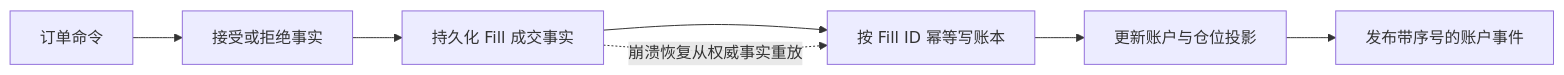
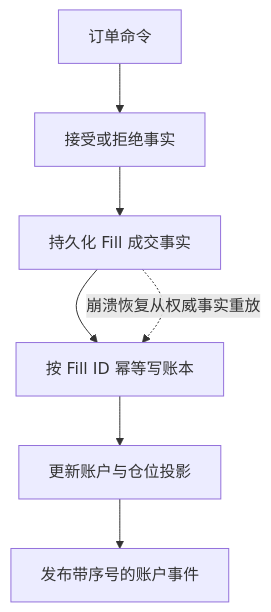
Before and after one commit to xiaoheng008/futures: the first of 2 diagrams in content/book/ch08-recovery/_index.md, drawn with Mermaid. The commit also changed other lines of this file and 33 other files, not shown here.

````diff
--- a/content/book/ch08-recovery/_index.md
+++ b/content/book/ch08-recovery/_index.md
@@ -31,9 +33,9 @@
 ```mermaid
-flowchart LR
-  C[订单命令] --> A[接受或拒绝事实]
-  A --> F[持久化 Fill 成交事实]
-  F --> L[按 Fill ID 幂等写账本]
-  L --> P[更新账户与仓位投影]
-  P --> E[发布带序号的账户事件]
+flowchart TD
+  C["订单命令"] --> A["接受或拒绝事实"]
+  A --> F["持久化 Fill 成交事实"]
+  F --> L["按 Fill ID 幂等写账本"]
+  L --> P["更新账户与仓位投影"]
+  P --> E["发布带序号的账户事件"]
   F -. 崩溃恢复从权威事实重放 .-> L
 ```
````
